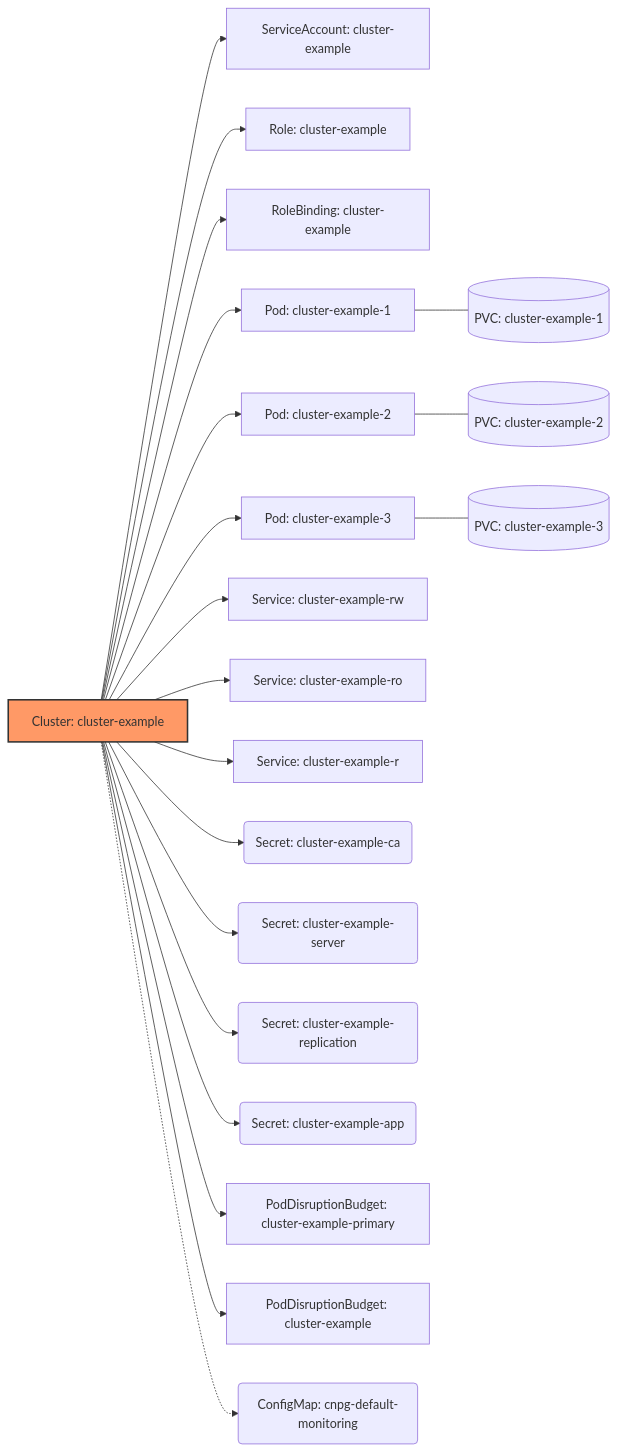
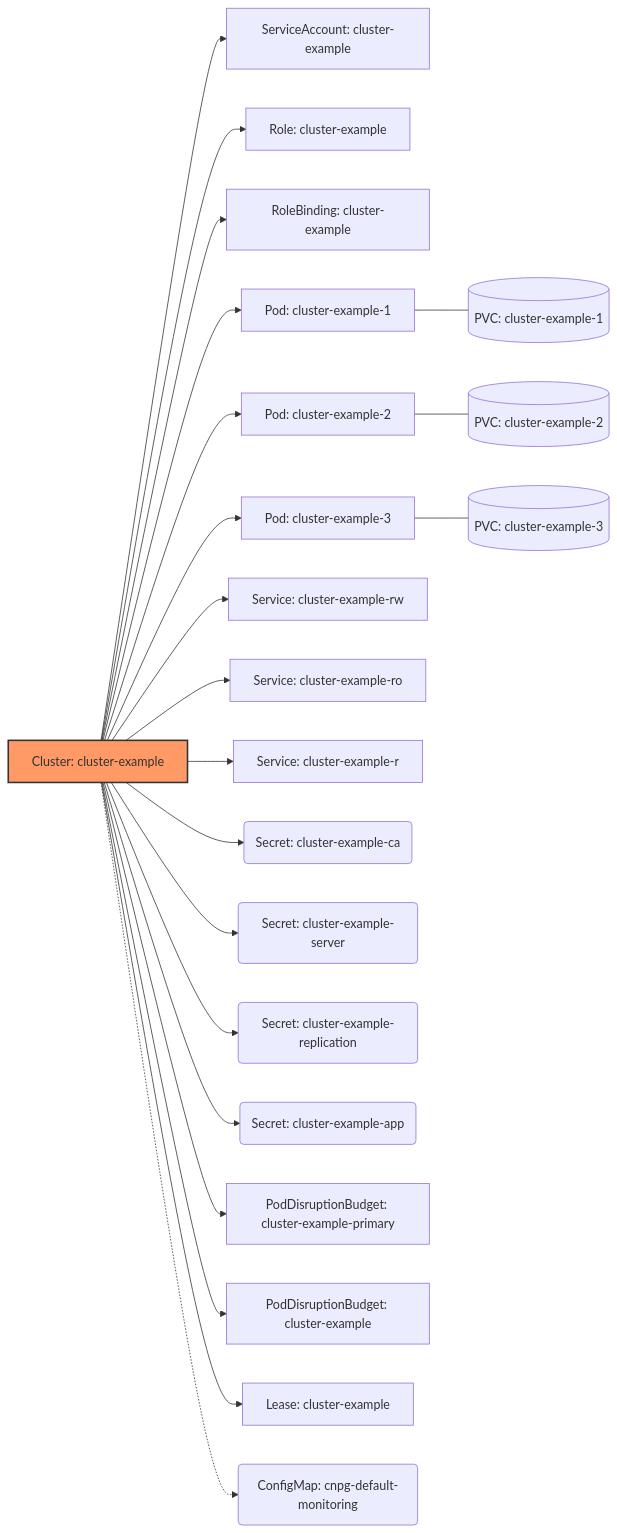
One commit to cloudnative-pg/cloudnative-pg changed the second of 3 diagrams in contribute/technical-architecture.md. Above: the diagram before and after it, drawn with Mermaid. The commit also changed other lines of this file, not shown here.

First line of the commit message:
docs(contribute): align technical-architecture.md with current main (#11845)

````diff
--- a/contribute/technical-architecture.md
+++ b/contribute/technical-architecture.md
@@ -174,38 +224,41 @@
 ```mermaid
 graph LR
     Cluster[Cluster: cluster-example]
 
     %% Identity & RBAC
     Cluster --> SA[ServiceAccount: cluster-example]
     Cluster --> Role[Role: cluster-example]
     Cluster --> RB[RoleBinding: cluster-example]
 
     %% Compute & Storage
     Cluster --> P1[Pod: cluster-example-1]
     Cluster --> P2[Pod: cluster-example-2]
     Cluster --> P3[Pod: cluster-example-3]
 
     P1 --- PVC1[(PVC: cluster-example-1)]
     P2 --- PVC2[(PVC: cluster-example-2)]
     P3 --- PVC3[(PVC: cluster-example-3)]
 
     %% Networking
     Cluster --> SvcRW[Service: cluster-example-rw]
     Cluster --> SvcRO[Service: cluster-example-ro]
     Cluster --> SvcR[Service: cluster-example-r]
 
     %% Security
     Cluster --> SecCA(Secret: cluster-example-ca)
     Cluster --> SecSrv(Secret: cluster-example-server)
     Cluster --> SecRepl(Secret: cluster-example-replication)
     Cluster --> SecApp(Secret: cluster-example-app)
 
     %% Availability
     Cluster --> PDB1[PodDisruptionBudget: cluster-example-primary]
     Cluster --> PDB2[PodDisruptionBudget: cluster-example]
 
+    %% Primary election (held by the primary's Instance Manager)
+    Cluster --> Lease[Lease: cluster-example]
+
     %% Monitoring (namespace-level, not owned by the Cluster)
     Cluster -.-> CM(ConfigMap: cnpg-default-monitoring)
 
     style Cluster fill:#f96,stroke:#333,stroke-width:2px
 ```
````
